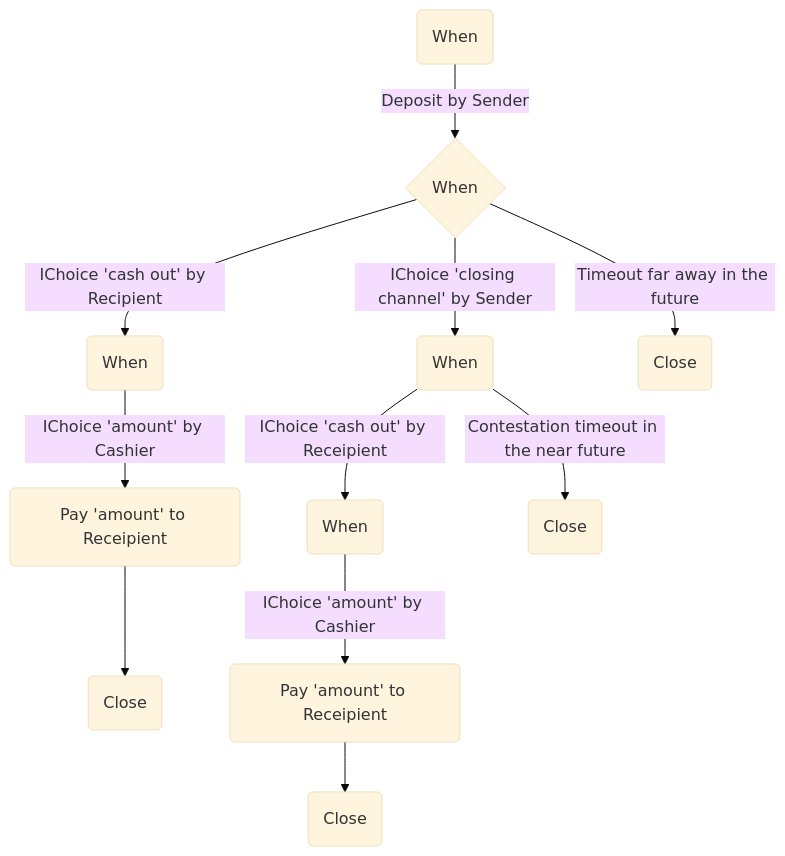
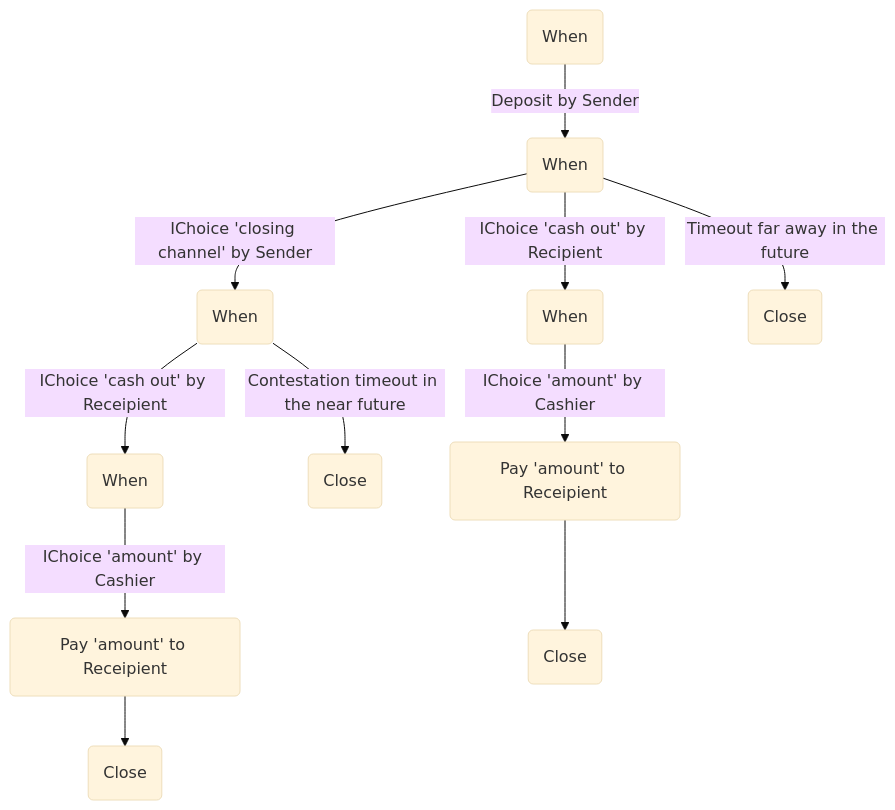
The third of 3 diagrams in MIP-0002/README.md (input-output-hk/MIPs), drawn with Mermaid (base theme) before and after one commit. The commit also changed other lines of this file, not shown here.

````diff
--- a/MIP-0002/README.md
+++ b/MIP-0002/README.md
@@ -48,13 +66,13 @@
 ```mermaid
 flowchart TD
-    A(When) -->|Deposit by Sender| B{When}
+    A(When) -->|Deposit by Sender| B(When)
+    B --> |IChoice 'closing channel' by Sender| D(When)
     B --> |IChoice 'cash out' by Recipient|C(When)
-    B --> |IChoice 'closing channel' by Sender| D(When)
     B --> |Timeout far away in the future|G(Close)
     C --> |IChoice 'amount' by Cashier| E(Pay 'amount' to Receipient)
     D --> |IChoice 'cash out' by Receipient|F(When)
     D --> |Contestation timeout in the near future|H(Close)
     F --> |IChoice 'amount' by Cashier| I(Pay 'amount' to Receipient)
     I --> K(Close)
     E --> J(Close)
 ```
````
